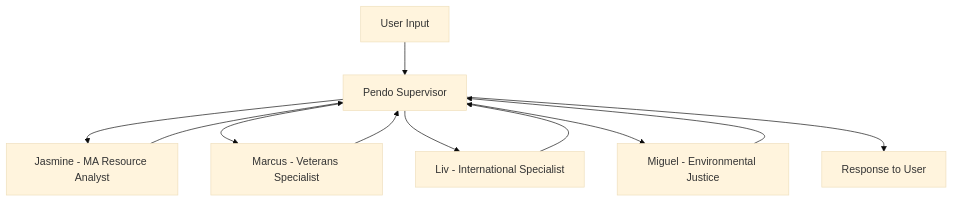
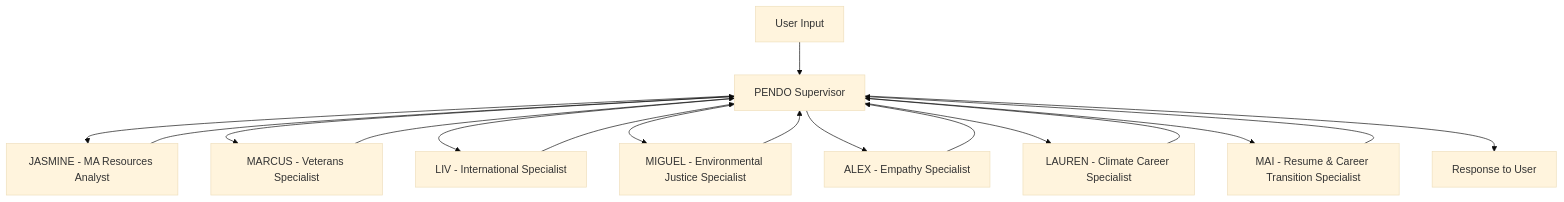
Before and after one commit to thependalorian/cea_Project: the diagram in backend/CLIMATE_SUPERVISOR_WORKFLOW_DOCUMENTATION.md, drawn with Mermaid (base theme). The commit also changed other lines of this file and 31840 other files, not shown here.

````diff
--- a/backend/CLIMATE_SUPERVISOR_WORKFLOW_DOCUMENTATION.md
+++ b/backend/CLIMATE_SUPERVISOR_WORKFLOW_DOCUMENTATION.md
@@ -17,13 +18,19 @@
 ```mermaid
 graph TD
-    A[User Input] --> B[Pendo Supervisor]
-    B --> C[Jasmine - MA Resource Analyst]
-    B --> D[Marcus - Veterans Specialist]
-    B --> E[Liv - International Specialist]
-    B --> F[Miguel - Environmental Justice]
+    A[User Input] --> B[PENDO Supervisor]
+    B --> C[JASMINE - MA Resources Analyst]
+    B --> D[MARCUS - Veterans Specialist]
+    B --> E[LIV - International Specialist]
+    B --> F[MIGUEL - Environmental Justice Specialist]
+    B --> G[ALEX - Empathy Specialist]
+    B --> H[LAUREN - Climate Career Specialist]
+    B --> I[MAI - Resume & Career Transition Specialist]
     C --> B
     D --> B
     E --> B
     F --> B
-    B --> G[Response to User]
+    G --> B
+    H --> B
+    I --> B
+    B --> J[Response to User]
 ```
````
